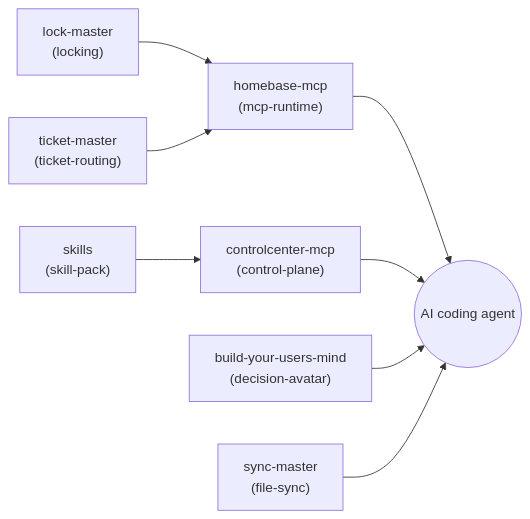
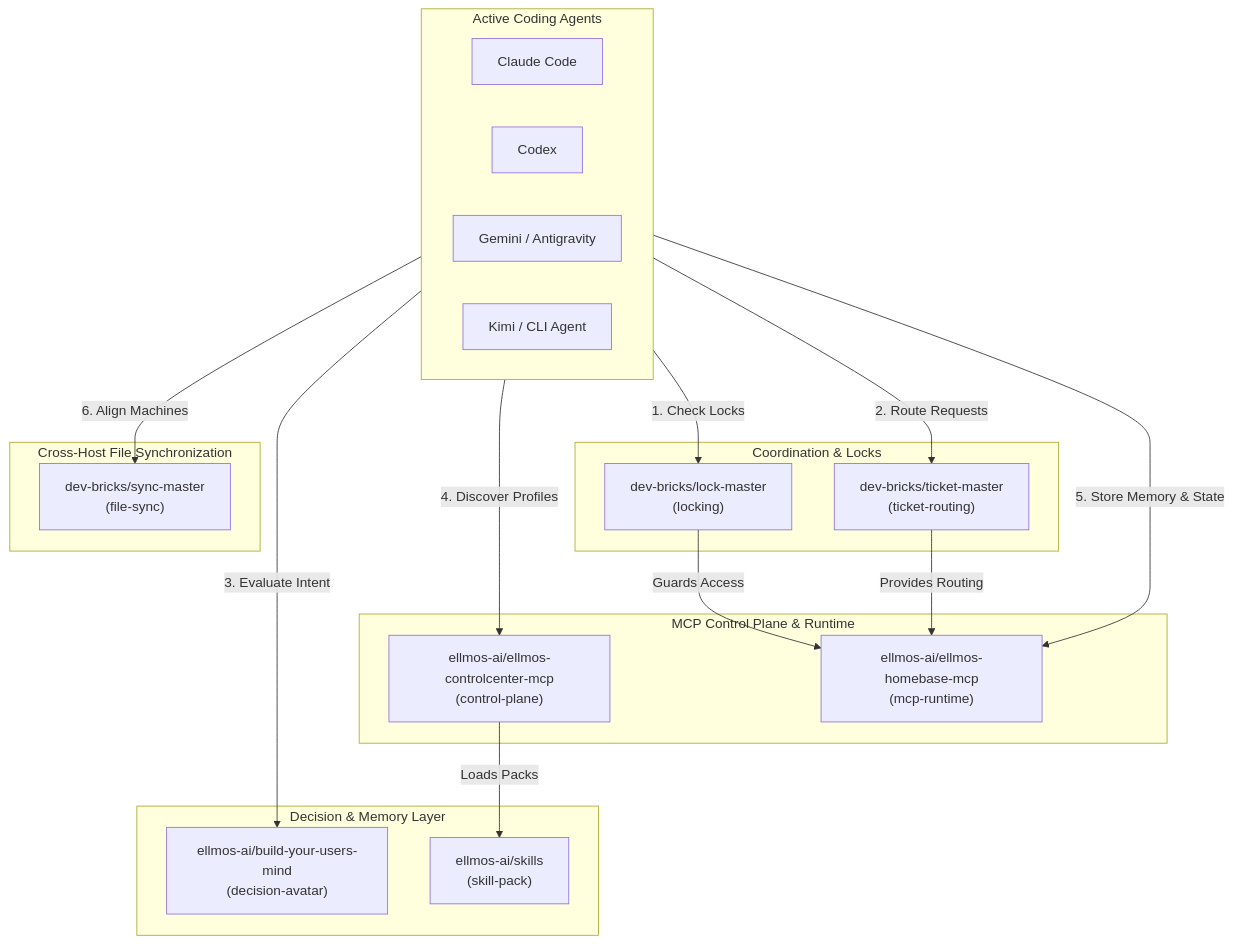
The first of 2 diagrams in README.md (ellmos-ai/agent-ops-stack), drawn with Mermaid before and after one commit. The commit also changed other lines of this file and 9 other files, not shown here.

Commit message:
feat(marketing): Pfad B discoverability, 14-pt nav, dual mermaid, metadata tests & CI v1.3.0 [G 2026-09-08]

````diff
--- a/README.md
+++ b/README.md
@@ -67,10 +127,38 @@
 ```mermaid
-flowchart LR
-  SKILLS["skills\n(skill-pack)"] --> CC["controlcenter-mcp\n(control-plane)"]
-  LOCK["lock-master\n(locking)"] --> HB["homebase-mcp\n(mcp-runtime)"]
-  TICKET["ticket-master\n(ticket-routing)"] --> HB
-  HB --> AGENT(("AI coding agent"))
-  CC --> AGENT
-  BYUM["build-your-users-mind\n(decision-avatar)"] --> AGENT
-  SYNC["sync-master\n(file-sync)"] --> AGENT
+flowchart TD
+  subgraph AGENTS ["Active Coding Agents"]
+    A1["Claude Code"]
+    A2["Codex"]
+    A3["Gemini / Antigravity"]
+    A4["Kimi / CLI Agent"]
+  end
+
+  subgraph COORDINATION ["Coordination & Locks"]
+    TM["dev-bricks/ticket-master\n(ticket-routing)"]
+    LM["dev-bricks/lock-master\n(locking)"]
+  end
+
+  subgraph DECISION ["Decision & Memory Layer"]
+    BYUM["ellmos-ai/build-your-users-mind\n(decision-avatar)"]
+    SK["ellmos-ai/skills\n(skill-pack)"]
+  end
+
+  subgraph MCP ["MCP Control Plane & Runtime"]
+    CC["ellmos-ai/ellmos-controlcenter-mcp\n(control-plane)"]
+    HB["ellmos-ai/ellmos-homebase-mcp\n(mcp-runtime)"]
+  end
+
+  subgraph SYNC ["Cross-Host File Synchronization"]
+    SM["dev-bricks/sync-master\n(file-sync)"]
+  end
+
+  AGENTS -->|1. Check Locks| LM
+  AGENTS -->|2. Route Requests| TM
+  AGENTS -->|3. Evaluate Intent| BYUM
+  AGENTS -->|4. Discover Profiles| CC
+  CC -->|Loads Packs| SK
+  AGENTS -->|5. Store Memory & State| HB
+  LM -->|Guards Access| HB
+  TM -->|Provides Routing| HB
+  AGENTS -->|6. Align Machines| SM
 ```
````
